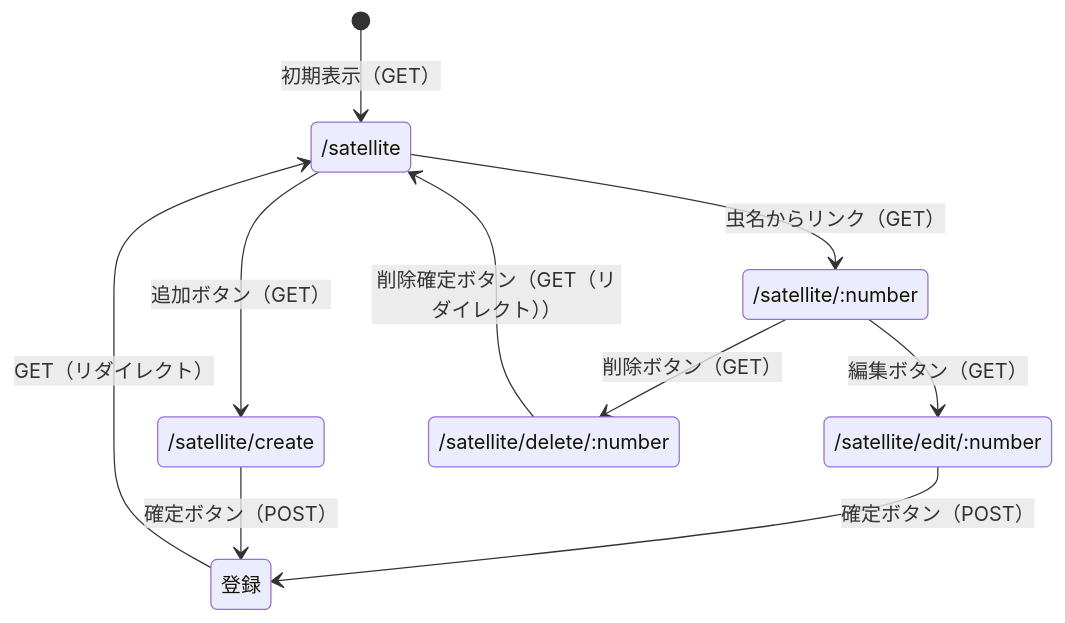
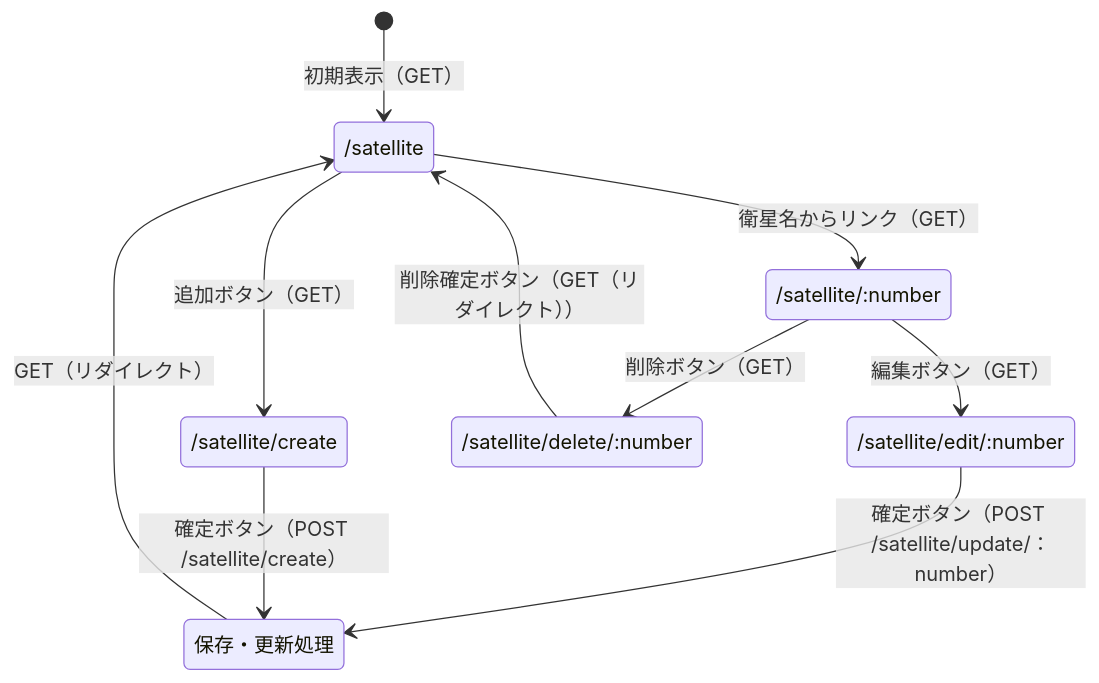
Before and after one commit to s25g1001ep-sudo/webpro_06: the second of 3 diagrams in spec.md, drawn with Mermaid. The commit also changed other lines of this file and 2 other files, not shown here.

````diff
--- a/spec.md
+++ b/spec.md
@@ -72,20 +72,21 @@
 ```mermaid
 stateDiagram-v2
     
     state "/satellite" as /solar
     state "/satellite/:number" as /detail
     state "/satellite/create" as /add
     state "/satellite/edit/:number" as /edit
     state "/satellite/delete/:number" as /delete
+    state "保存・更新処理" as 登録
 
     
     [*] --> /solar: 初期表示（GET）
-    /solar --> /detail: 虫名からリンク（GET）
+    /solar --> /detail: 衛星名からリンク（GET）
     /detail --> /edit: 編集ボタン（GET）
-    /edit --> 登録: 確定ボタン（POST）
+    /edit --> 登録: 確定ボタン（POST /satellite/update/：number）
     登録 --> /solar: GET（リダイレクト）
     /solar --> /add: 追加ボタン（GET）
-    /add --> 登録: 確定ボタン（POST）
+    /add --> 登録: 確定ボタン（POST /satellite/create）
     /detail --> /delete: 削除ボタン（GET）
     /delete --> /solar: 削除確定ボタン（GET（リダイレクト））
 ```
````
